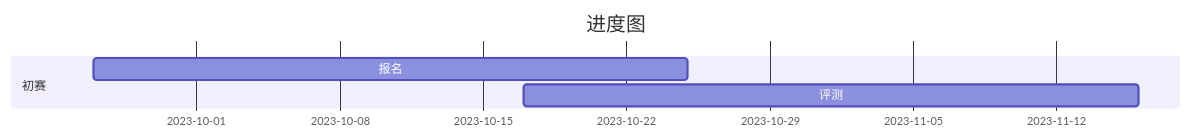
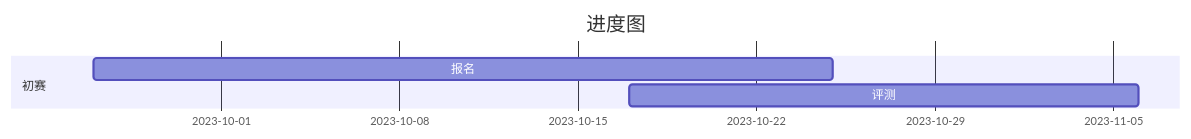
Before and after one commit to yyygggbbb/miniob: the diagram in README.md, drawn with Mermaid.

Commit message:
Update README.md
fix mermid time

````diff
--- a/README.md
+++ b/README.md
@@ -2,8 +2,8 @@
 ```mermaid
 gantt
     title 进度图
     dateFormat  YYYY-MM-DD
     section 初赛
     报名     :a1, 2023-09-26, 29d
-    评测     :a2, 2023-10-17, 30d
+    评测     :a2, 2023-10-17, 20d
 ```
````
